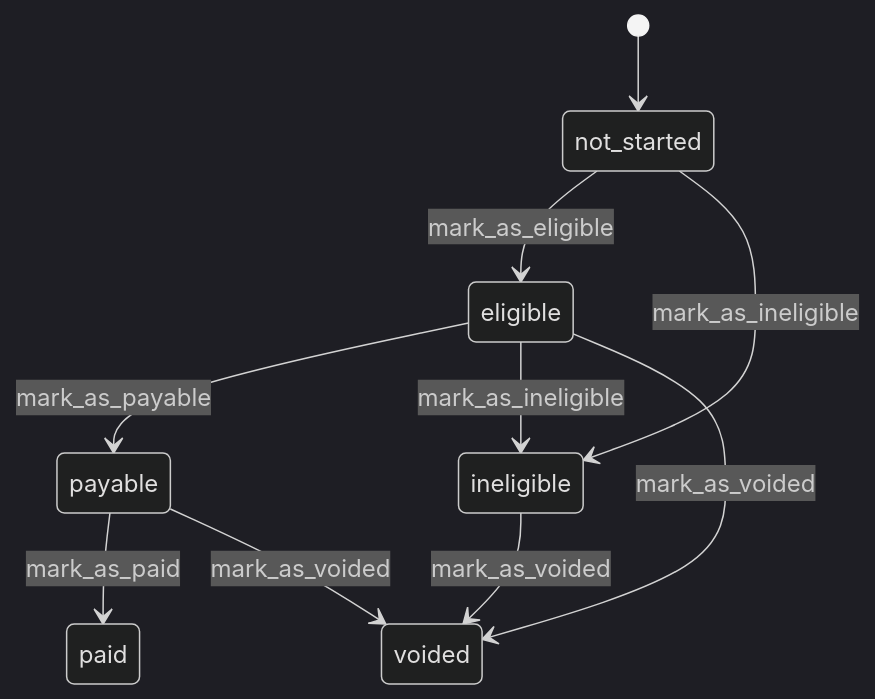
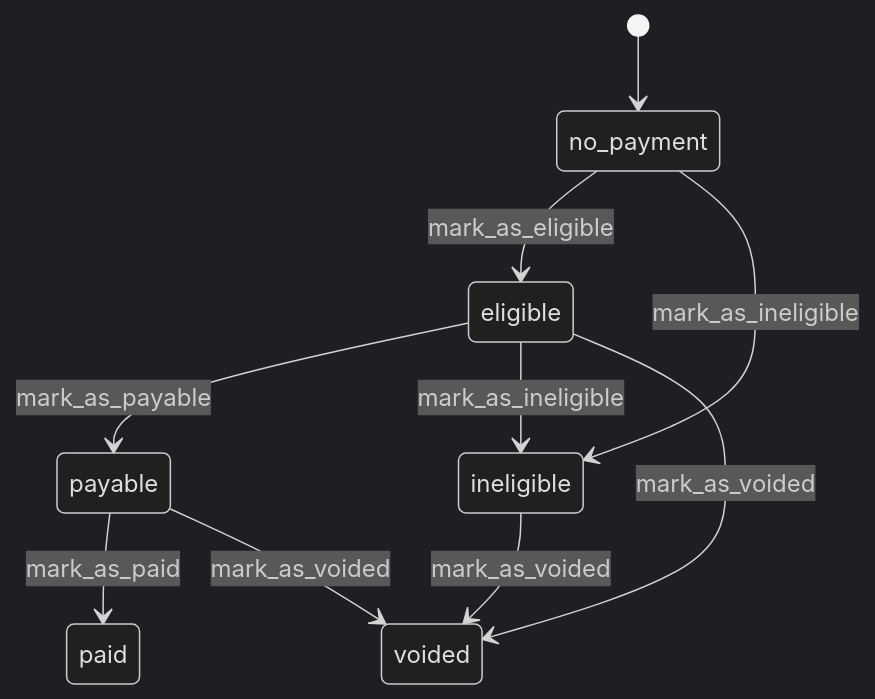
One commit to DFE-Digital/register-early-career-teachers-public changed the second of 3 diagrams in documentation/state-machines.md. Above: the diagram before and after it, drawn with Mermaid (dark theme). The commit also changed other lines of this file and 5 other files, not shown here.

````diff
--- a/documentation/state-machines.md
+++ b/documentation/state-machines.md
@@ -63,12 +63,12 @@
 ```mermaid
 stateDiagram-v2
-  [*] --> not_started
-  not_started --> eligible : mark_as_eligible
-  not_started --> ineligible: mark_as_ineligible
+  [*] --> no_payment
+  no_payment --> eligible : mark_as_eligible
+  no_payment --> ineligible: mark_as_ineligible
   eligible --> payable : mark_as_payable
   payable --> paid : mark_as_paid
   eligible --> ineligible : mark_as_ineligible
   eligible --> voided : mark_as_voided
   payable --> voided : mark_as_voided
   ineligible --> voided : mark_as_voided
 ```
````
